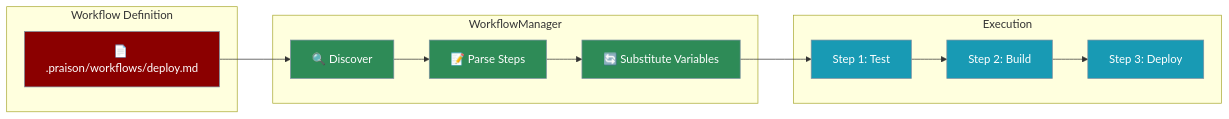
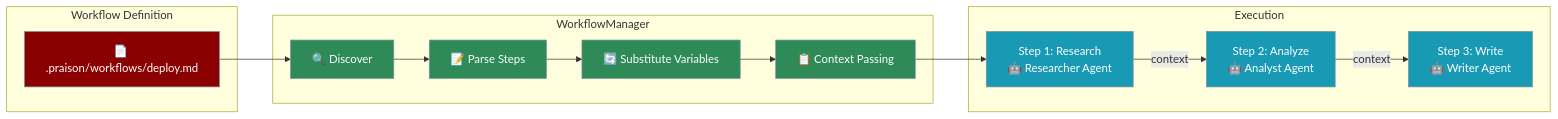
Before and after one commit to MervinPraison/PraisonAIDocs: the diagram in docs/features/workflows.mdx, drawn with Mermaid. The commit also changed other lines of this file, not shown here.

First line of the commit message:
docs: Update workflows with context passing, per-step agents, async execution

````diff
--- a/docs/features/workflows.mdx
+++ b/docs/features/workflows.mdx
@@ -11,33 +11,35 @@
 ```mermaid
 graph LR
     subgraph "Workflow Definition"
         MD["📄 .praison/workflows/deploy.md"]
     end
     
     subgraph "WorkflowManager"
         DISCOVER["🔍 Discover"]
         PARSE["📝 Parse Steps"]
         VARS["🔄 Substitute Variables"]
+        CTX["📋 Context Passing"]
     end
     
     subgraph "Execution"
-        STEP1["Step 1: Test"]
-        STEP2["Step 2: Build"]
-        STEP3["Step 3: Deploy"]
+        STEP1["Step 1: Research<br/>🤖 Researcher Agent"]
+        STEP2["Step 2: Analyze<br/>🤖 Analyst Agent"]
+        STEP3["Step 3: Write<br/>🤖 Writer Agent"]
     end
     
     MD --> DISCOVER
     DISCOVER --> PARSE
     PARSE --> VARS
-    VARS --> STEP1
-    STEP1 --> STEP2
-    STEP2 --> STEP3
+    VARS --> CTX
+    CTX --> STEP1
+    STEP1 -->|"context"| STEP2
+    STEP2 -->|"context"| STEP3
     
     classDef def fill:#8B0000,stroke:#7C90A0,color:#fff
     classDef manager fill:#2E8B57,stroke:#7C90A0,color:#fff
     classDef exec fill:#189AB4,stroke:#7C90A0,color:#fff
     
     class MD def
-    class DISCOVER,PARSE,VARS manager
+    class DISCOVER,PARSE,VARS,CTX manager
     class STEP1,STEP2,STEP3 exec
 ```
````
